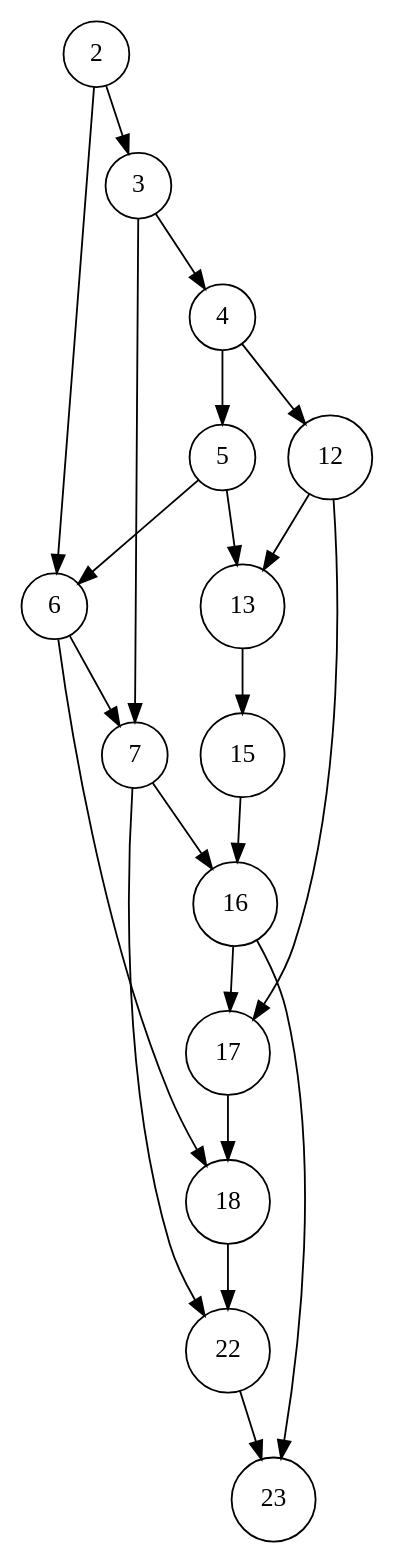
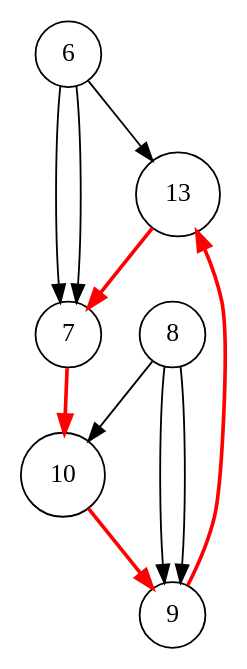
The diagram in execution_10.dot (gintskk/execution-log-parser), drawn with Graphviz before and after one commit. The commit also changed 19 other files, not shown here.

```diff
--- a/execution_10.dot
+++ b/execution_10.dot
@@ -1,24 +1,14 @@
 digraph execution {
   node [shape=circle];
-  18 -> 22;
-  13 -> 15;
-  22 -> 23;
-  7 -> 22;
-  7 -> 16;
-  3 -> 4;
-  3 -> 7;
-  2 -> 3;
-  2 -> 6;
-  12 -> 13;
-  12 -> 17;
+  13 -> 7 [color=red, penwidth=2.0];
+  10 -> 9 [color=red, penwidth=2.0];
+  7 -> 10 [color=red, penwidth=2.0];
   6 -> 7;
-  6 -> 18;
-  17 -> 18;
-  5 -> 6;
-  5 -> 13;
-  16 -> 17;
-  16 -> 23;
-  4 -> 5;
-  4 -> 12;
-  15 -> 16;
+  6 -> 13;
+  6 -> 7;
+  9 -> 13 [color=red, penwidth=2.0];
+  8 -> 9;
+  8 -> 10;
+  8 -> 9;
+  {node [style=filled, fillcolor=lightpink] 13 7 10 9 13 }
 }
```
